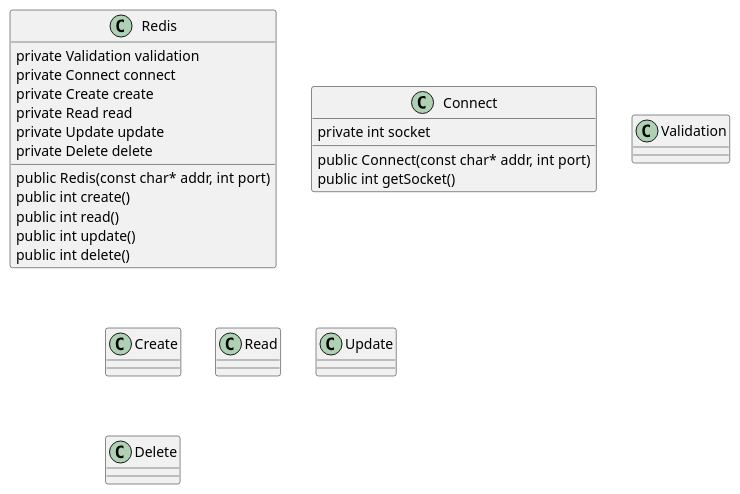
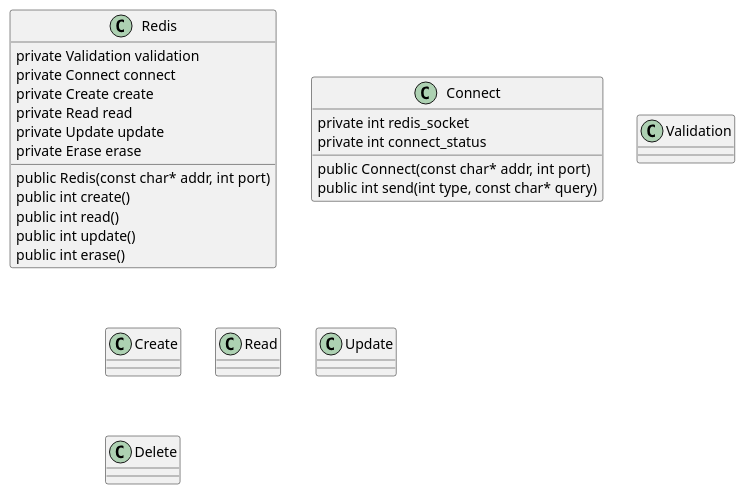
One commit to pymc20/redis changed the diagram in doc/class.puml. Above: the diagram before and after it, drawn with PlantUML. The commit also changed 8 other files, not shown here.

```diff
--- a/doc/class.puml
+++ b/doc/class.puml
@@ -1,25 +1,26 @@
 @startuml uml
 class Redis {
     private Validation validation
     private Connect connect
     private Create create
     private Read read
     private Update update
-    private Delete delete
+    private Erase erase
     public Redis(const char* addr, int port)
     public int create()
     public int read()
     public int update()
-    public int delete()
+    public int erase()
 }
 class Connect {
-    private int socket
+    private int redis_socket
+    private int connect_status
     public Connect(const char* addr, int port)
-    public int getSocket()
+    public int send(int type, const char* query)
 }
 class Validation
 class Create
 class Read
 class Update
 class Delete
 @enduml
```
